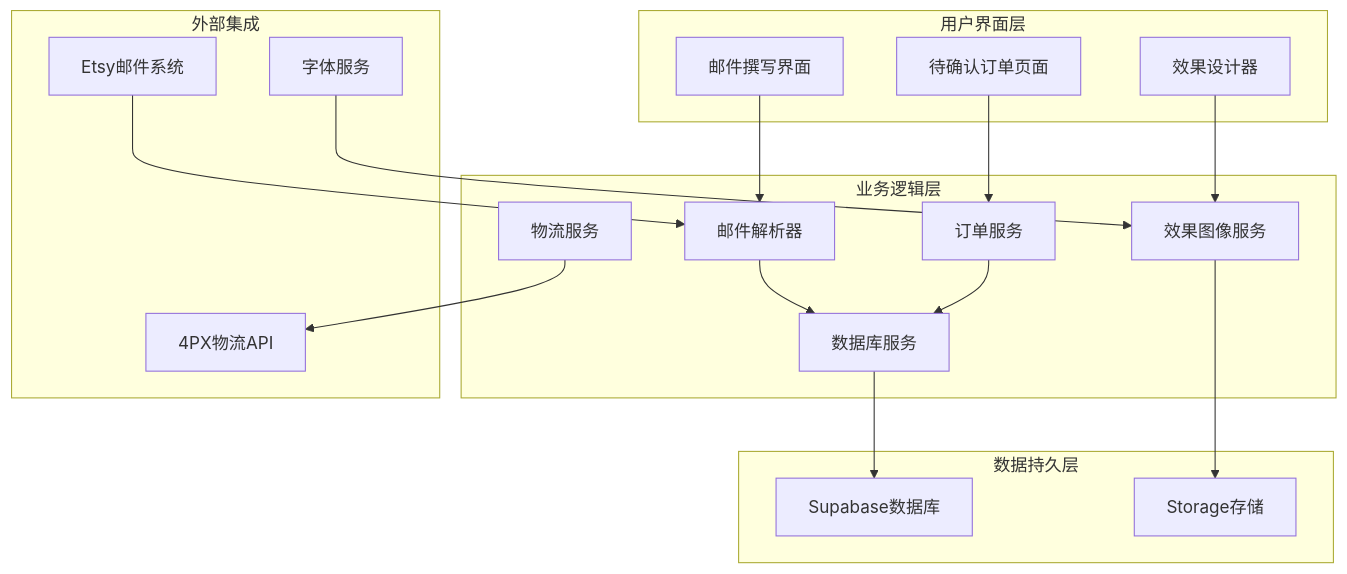
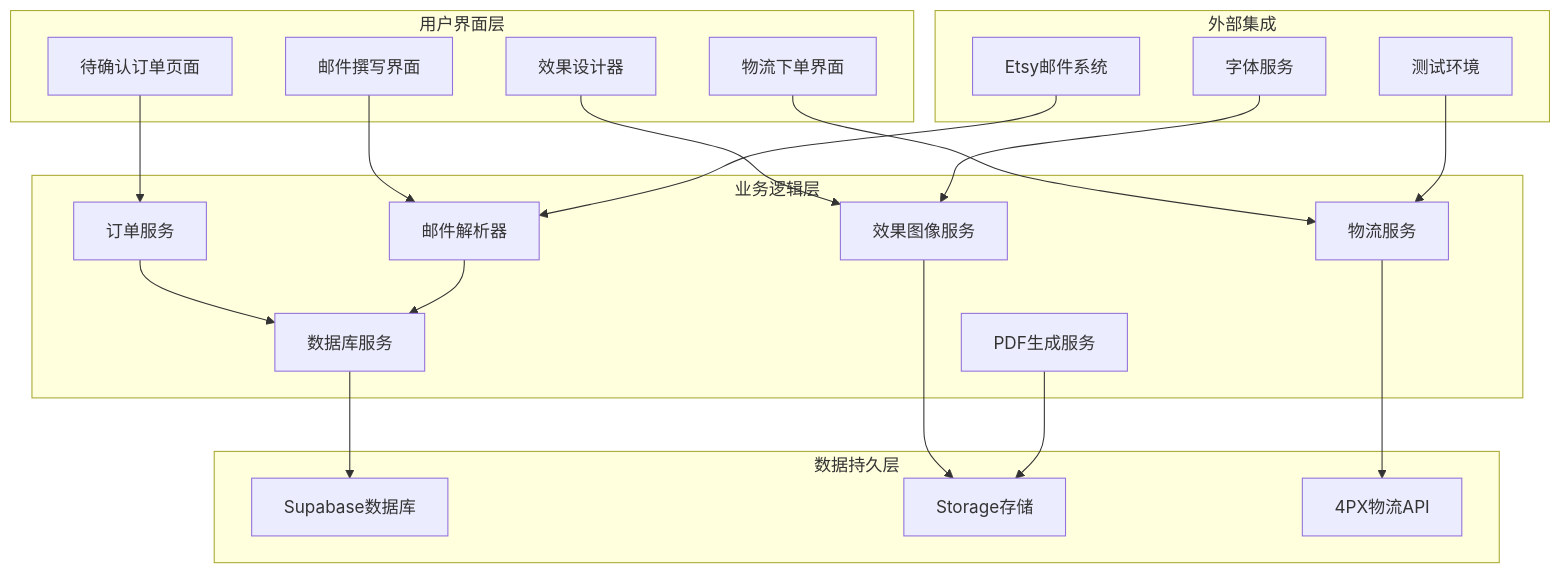
One commit to SY6621/POD-Order-Management changed the second of 13 diagrams in .qoder/repowiki/zh/content/开发指南/测试与开发工具/待确认订单测试文档.md. Above: the diagram before and after it, drawn with Mermaid. The commit also changed other lines of this file and 30 other files, not shown here.

````diff
--- a/.qoder/repowiki/zh/content/开发指南/测试与开发工具/待确认订单测试文档.md
+++ b/.qoder/repowiki/zh/content/开发指南/测试与开发工具/待确认订单测试文档.md
@@ -90,34 +112,40 @@
 ```mermaid
 graph TB
 subgraph "用户界面层"
 A[待确认订单页面]
 B[效果设计器]
 C[邮件撰写界面]
+D[物流下单界面]
 end
 subgraph "业务逻辑层"
-D[订单服务]
-E[邮件解析器]
-F[数据库服务]
-G[效果图像服务]
-H[物流服务]
+E[订单服务]
+F[邮件解析器]
+G[数据库服务]
+H[效果图像服务]
+I[物流服务]
+J[PDF生成服务]
 end
 subgraph "数据持久层"
-I[Supabase数据库]
-J[Storage存储]
+K[Supabase数据库]
+L[Storage存储]
+M[4PX物流API]
 end
 subgraph "外部集成"
-K[Etsy邮件系统]
-L[4PX物流API]
-M[字体服务]
+N[Etsy邮件系统]
+O[字体服务]
+P[测试环境]
 end
-A --> D
-B --> G
-C --> E
-D --> F
-E --> F
-G --> J
+A --> E
+B --> H
+C --> F
+D --> I
+E --> G
+F --> G
 H --> L
-F --> I
-K --> E
-M --> G
+I --> M
+J --> L
+G --> K
+N --> F
+O --> H
+P --> I
 ```
````
